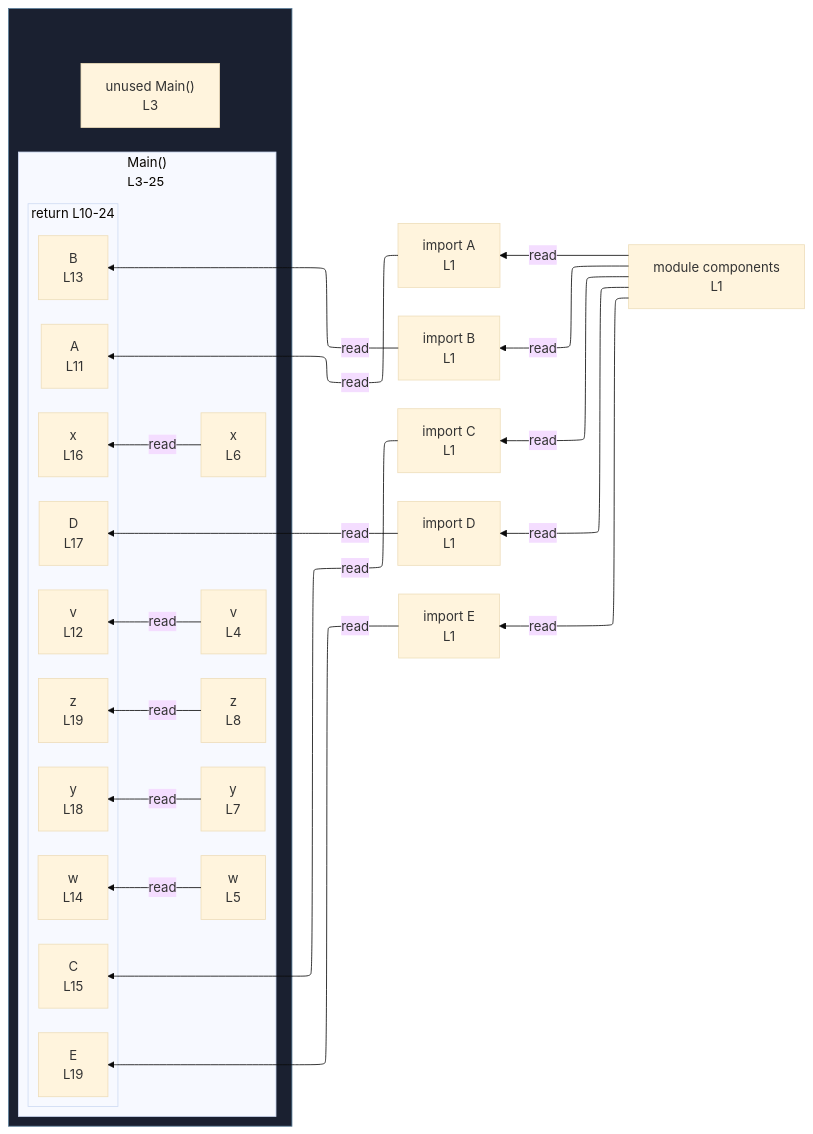
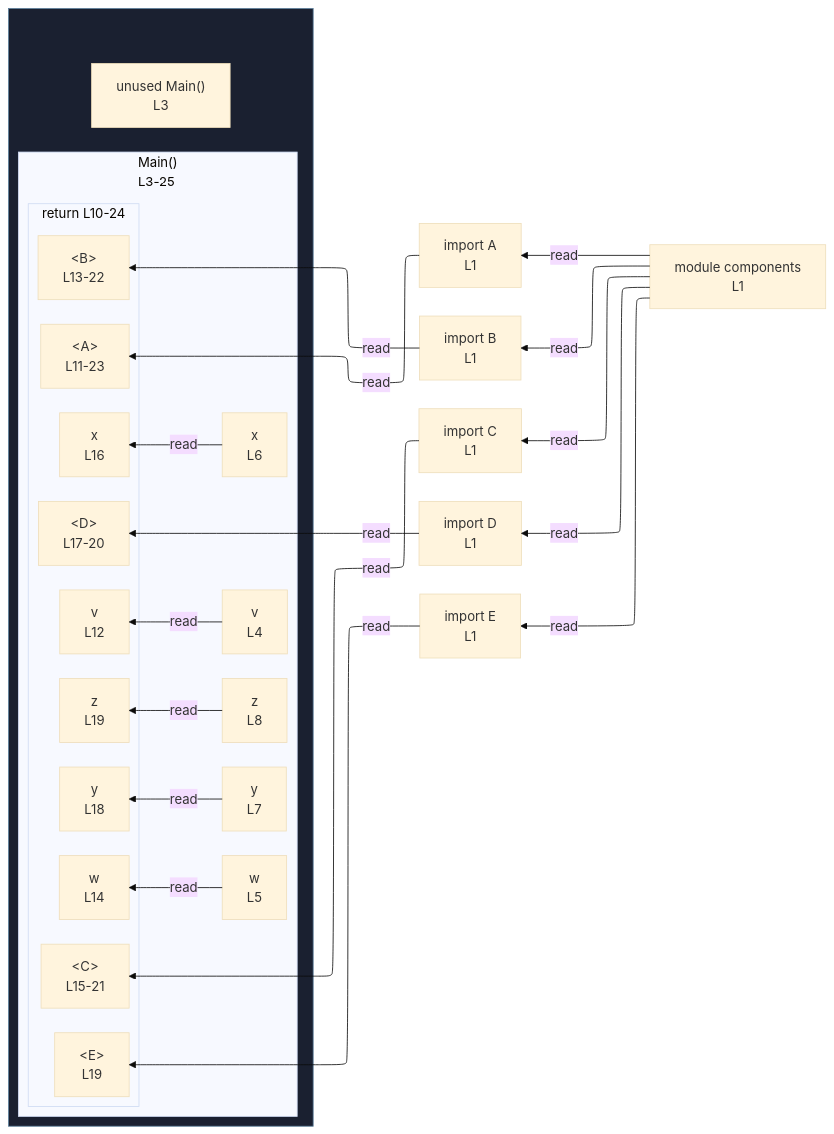
One commit to crescware/unsnarl changed the diagram in integration/fixtures/jsx-nested-five/preview.md. Above: the diagram before and after it, drawn with Mermaid (base theme). The commit also changed 95 other files, not shown here.

````diff
--- a/integration/fixtures/jsx-nested-five/preview.md
+++ b/integration/fixtures/jsx-nested-five/preview.md
@@ -35,52 +35,52 @@
 ```mermaid
 %%{init: {"flowchart": {"defaultRenderer": "elk"}}}%%
 flowchart RL
   n_scope_0_A_9["import A<br/>L1"]
   n_scope_0_B_12["import B<br/>L1"]
   n_scope_0_C_15["import C<br/>L1"]
   n_scope_0_D_18["import D<br/>L1"]
   n_scope_0_E_21["import E<br/>L1"]
   subgraph wrap_s_scope_1[" "]
     direction TB
     n_scope_0_Main_54["unused Main()<br/>L3"]
     subgraph s_scope_1["Main()<br/>L3-25"]
       direction RL
       n_scope_1_v_71["v<br/>L4"]
       n_scope_1_w_88["w<br/>L5"]
       n_scope_1_x_105["x<br/>L6"]
       n_scope_1_y_122["y<br/>L7"]
       n_scope_1_z_139["z<br/>L8"]
       subgraph s_return_scope_0_Main_54_151_331["return L10-24"]
         direction RL
-        ret_use_ref_0["A<br/>L11"]
+        ret_use_ref_0["&lt;A&gt;<br/>L11-23"]
         ret_use_ref_1["v<br/>L12"]
-        ret_use_ref_2["B<br/>L13"]
+        ret_use_ref_2["&lt;B&gt;<br/>L13-22"]
         ret_use_ref_3["w<br/>L14"]
-        ret_use_ref_4["C<br/>L15"]
+        ret_use_ref_4["&lt;C&gt;<br/>L15-21"]
         ret_use_ref_5["x<br/>L16"]
-        ret_use_ref_6["D<br/>L17"]
+        ret_use_ref_6["&lt;D&gt;<br/>L17-20"]
         ret_use_ref_7["y<br/>L18"]
-        ret_use_ref_8["E<br/>L19"]
+        ret_use_ref_8["&lt;E&gt;<br/>L19"]
         ret_use_ref_9["z<br/>L19"]
       end
     end
   end
   n_scope_0_A_9 -->|read| ret_use_ref_0
   n_scope_1_v_71 -->|read| ret_use_ref_1
   n_scope_0_B_12 -->|read| ret_use_ref_2
   n_scope_1_w_88 -->|read| ret_use_ref_3
   n_scope_0_C_15 -->|read| ret_use_ref_4
   n_scope_1_x_105 -->|read| ret_use_ref_5
   n_scope_0_D_18 -->|read| ret_use_ref_6
   n_scope_1_y_122 -->|read| ret_use_ref_7
   n_scope_0_E_21 -->|read| ret_use_ref_8
   n_scope_1_z_139 -->|read| ret_use_ref_9
   mod_components["module components<br/>L1"]
   mod_components -->|read| n_scope_0_A_9
   mod_components -->|read| n_scope_0_B_12
   mod_components -->|read| n_scope_0_C_15
   mod_components -->|read| n_scope_0_D_18
   mod_components -->|read| n_scope_0_E_21
   classDef fnWrap fill:#1a2030,stroke:#5a7d99;
   class wrap_s_scope_1 fnWrap;
 ```
````
